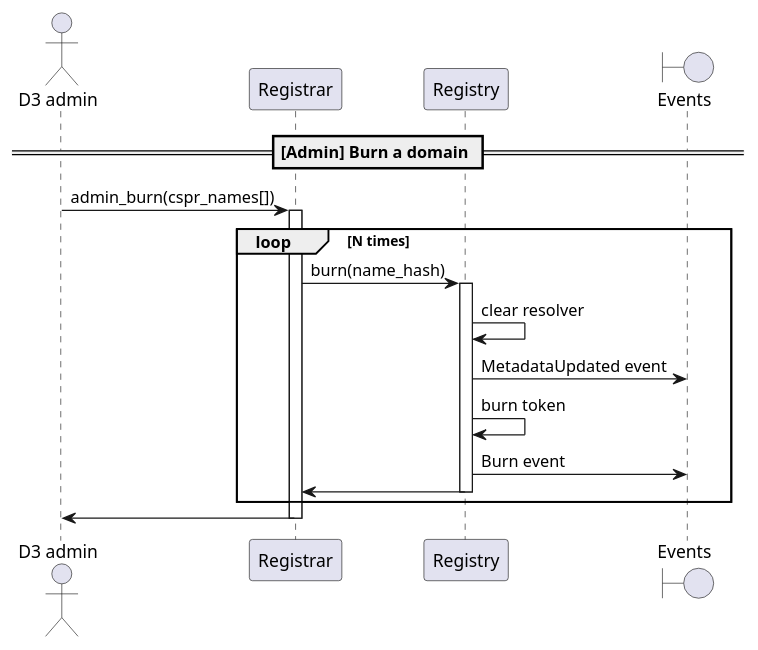
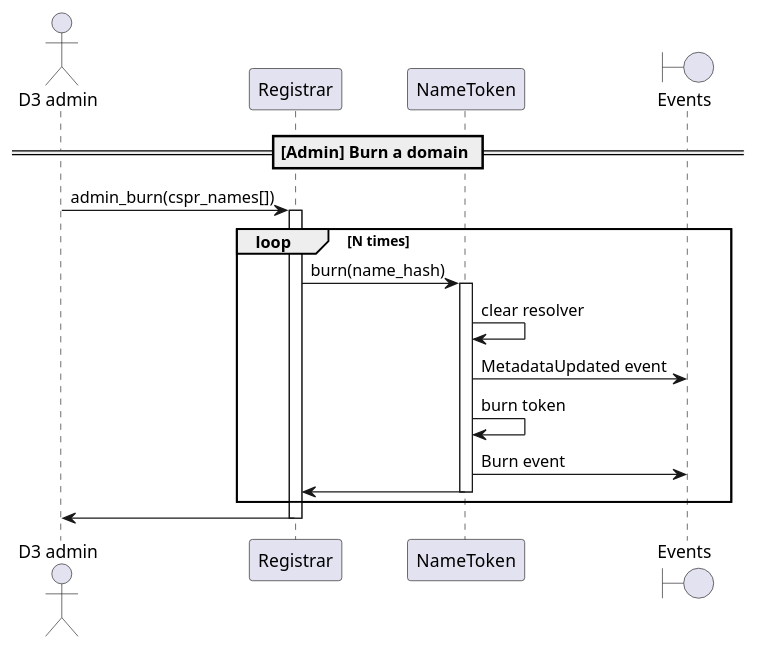
One commit to make-software/cspr-name-contracts changed the diagram in docs/sequence-diagrams/puml/burn-domain.puml. Above: the diagram before and after it, drawn with PlantUML. The commit also changed 9 other files, not shown here.

Commit message:
Renamed Registry contract with NameToken in the sequence diagrams. (part 3)

```diff
--- a/docs/sequence-diagrams/puml/burn-domain.puml
+++ b/docs/sequence-diagrams/puml/burn-domain.puml
@@ -1,27 +1,27 @@
 @startuml
 'https://plantuml.com/sequence-diagram
 
 'autonumber
 actor "D3 admin"
 participant "Registrar"
-participant "Registry"
+participant "NameToken"
 boundary "Events"
 
 == [Admin] Burn a domain ==
 
 "D3 admin" -> "Registrar": admin_burn(cspr_names[])
 activate Registrar
 loop N times
-    Registrar -> Registry: burn(name_hash)
-    activate Registry
-    Registry -> Registry: clear resolver
-    Registry -> "Events": MetadataUpdated event
-    Registry -> Registry: burn token
-    Registry -> "Events": Burn event
-    Registry -> Registrar
-    deactivate Registry
+    Registrar -> NameToken: burn(name_hash)
+    activate NameToken
+    NameToken -> NameToken: clear resolver
+    NameToken -> "Events": MetadataUpdated event
+    NameToken -> NameToken: burn token
+    NameToken -> "Events": Burn event
+    NameToken -> Registrar
+    deactivate NameToken
 end
 Registrar -> "D3 admin"
 deactivate Registrar
 
 @enduml
```
